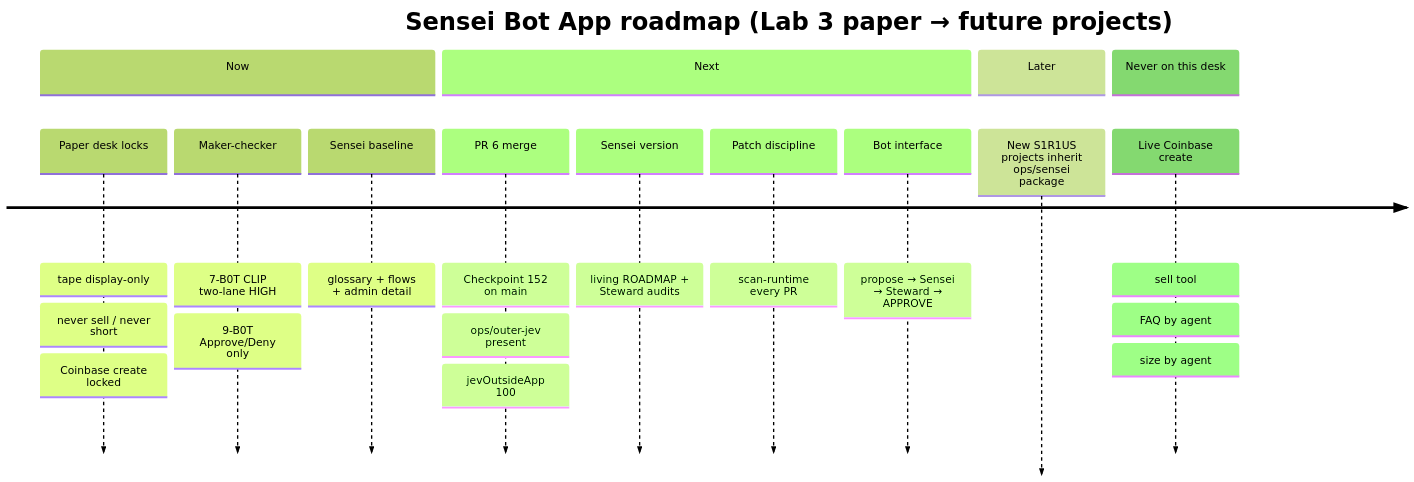
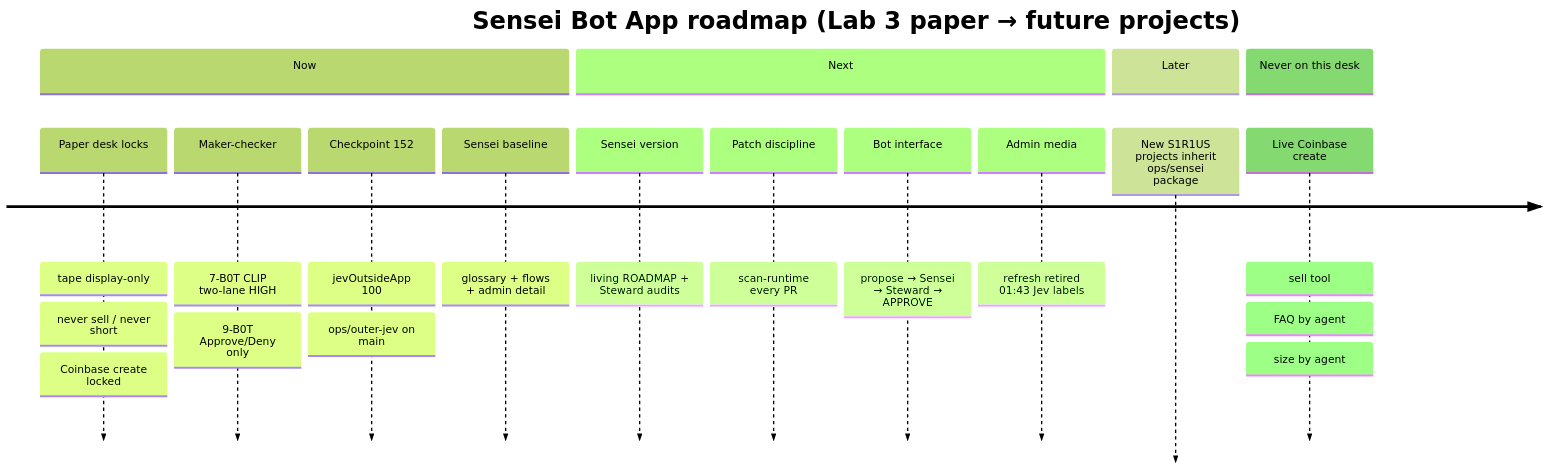
Before and after one commit to S1R1US-AI/lab3-visible-sandbox: the diagram in ops/sensei/ROADMAP.md, drawn with Mermaid (forest theme). The commit also changed other lines of this file and 9 other files, not shown here.

````diff
--- a/ops/sensei/ROADMAP.md
+++ b/ops/sensei/ROADMAP.md
@@ -20,22 +20,22 @@
 ```mermaid
 timeline
     title Sensei Bot App roadmap (Lab 3 paper → future projects)
     section Now
       Paper desk locks : tape display-only
                        : never sell / never short
                        : Coinbase create locked
       Maker-checker    : 7-B0T CLIP two-lane HIGH
                        : 9-B0T Approve/Deny only
+      Checkpoint 152   : jevOutsideApp 100
+                       : ops/outer-jev on main
       Sensei baseline  : glossary + flows + admin detail
     section Next
-      PR 6 merge       : Checkpoint 152 on main
-                       : ops/outer-jev present
-                       : jevOutsideApp 100
       Sensei version   : living ROADMAP + Steward audits
       Patch discipline : scan-runtime every PR
       Bot interface    : propose → Sensei → Steward → APPROVE
+      Admin media      : refresh retired 01:43 Jev labels
     section Later
       New S1R1US projects inherit ops/sensei package
     section Never on this desk
       Live Coinbase create : sell tool : FAQ by agent : size by agent
 ```
````
